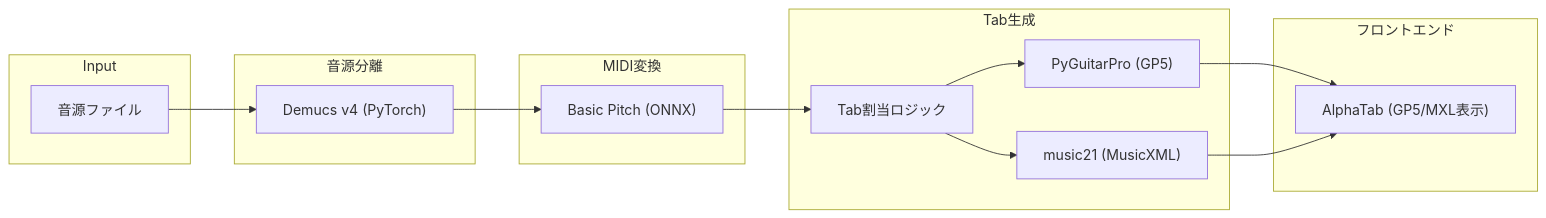
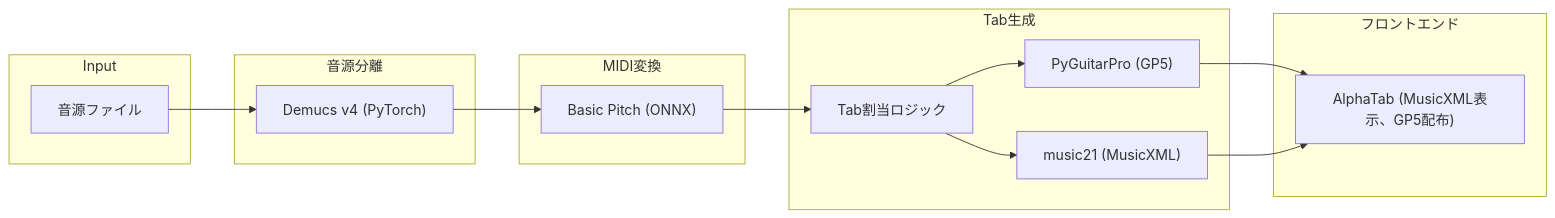
The diagram in docs/TECH_RESEARCH.md (tehutahu/Stem2Tab), drawn with Mermaid before and after one commit. The commit also changed other lines of this file and 11 other files, not shown here.

````diff
--- a/docs/TECH_RESEARCH.md
+++ b/docs/TECH_RESEARCH.md
@@ -170,28 +176,28 @@
 ```mermaid
 flowchart LR
     subgraph Input
         Audio[音源ファイル]
     end
 
     subgraph Separation ["音源分離"]
         Demucs["Demucs v4 (PyTorch)"]
     end
 
     subgraph Transcription ["MIDI変換"]
         BasicPitch["Basic Pitch (ONNX)"]
     end
 
     subgraph TabGeneration ["Tab生成"]
         Logic[Tab割当ロジック]
         PyGP["PyGuitarPro (GP5)"]
         Music21["music21 (MusicXML)"]
     end
 
     subgraph Frontend ["フロントエンド"]
-        AlphaTab["AlphaTab (GP5/MXL表示)"]
+        AlphaTab["AlphaTab (MusicXML表示、GP5配布)"]
     end
 
     Audio --> Demucs --> BasicPitch --> Logic
     Logic --> PyGP --> AlphaTab
     Logic --> Music21 --> AlphaTab
 ```
````
